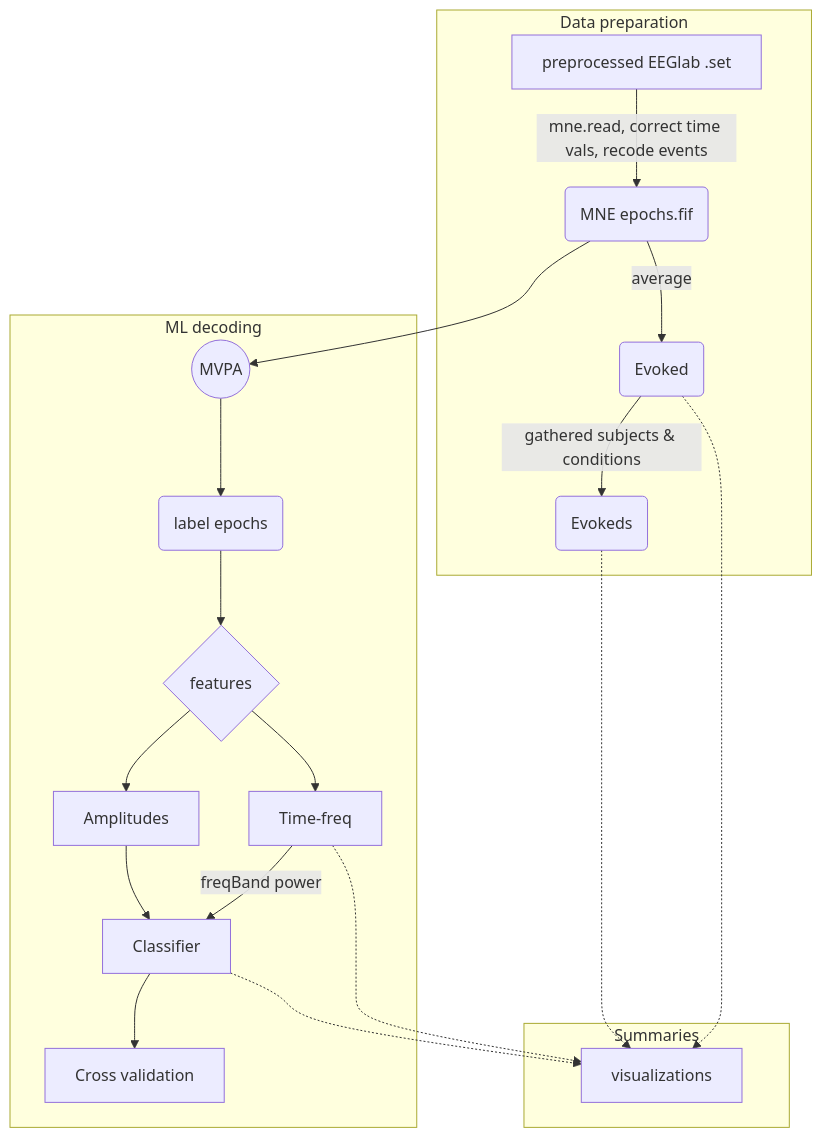
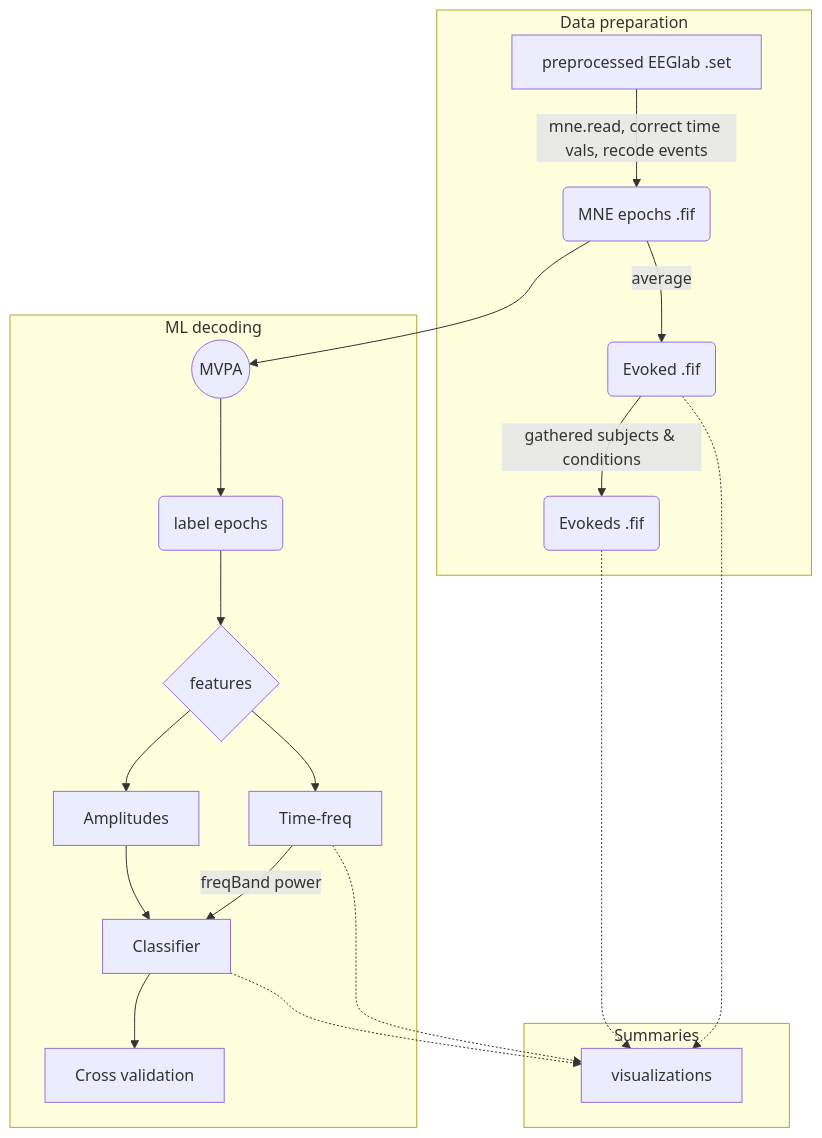
One commit to Neuroling/SPINCO_SINEEG changed the diagram in Projects/SINEEG/DiN/README.md. Above: the diagram before and after it, drawn with Mermaid.

````diff
--- a/Projects/SINEEG/DiN/README.md
+++ b/Projects/SINEEG/DiN/README.md
@@ -88,27 +88,27 @@
 ```mermaid
 flowchart TB
     subgraph Data preparation  
     
-    A[preprocessed EEGlab .set] -->| mne.read, correct time vals, recode events| B(MNE epochs.fif)
-    B --> |average|C(Evoked)
-    C -->|gathered subjects & conditions| D(Evokeds)
+    A[preprocessed EEGlab .set] -->| mne.read, correct time vals, recode events| B(MNE epochs .fif)
+    B --> |average|C(Evoked .fif)
+    C -->|gathered subjects & conditions| D(Evokeds .fif)
     end
     subgraph Summaries
     C .-> V[visualizations]
     D .-> V[visualizations]
     end
 
     subgraph ML decoding
     B --> E((MVPA))
     E --> CO(label epochs)
     CO --> FEA{features}
     FEA --> TA[Amplitudes]
     FEA --> TF[Time-freq]
     TF --> |freqBand power|G[Classifier]
     TF .-> V
     G .-> V
     TA --> G
     G --> CV[Cross validation]
 
     end
 ```
````
